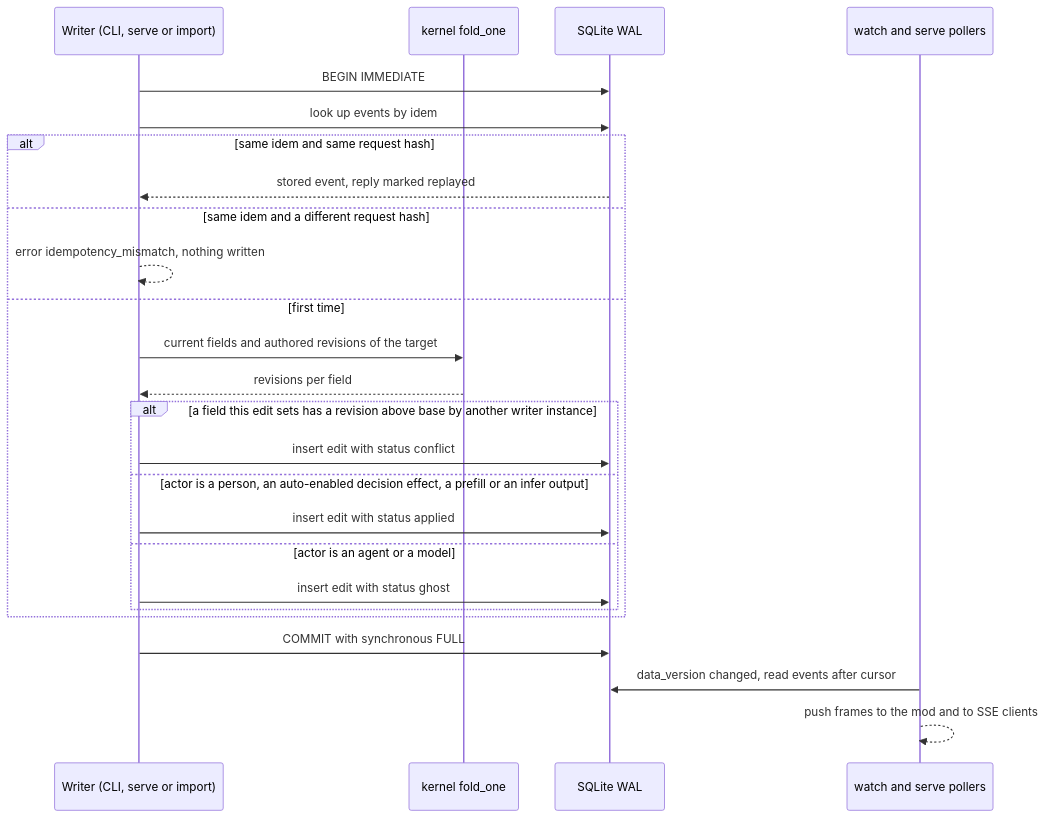
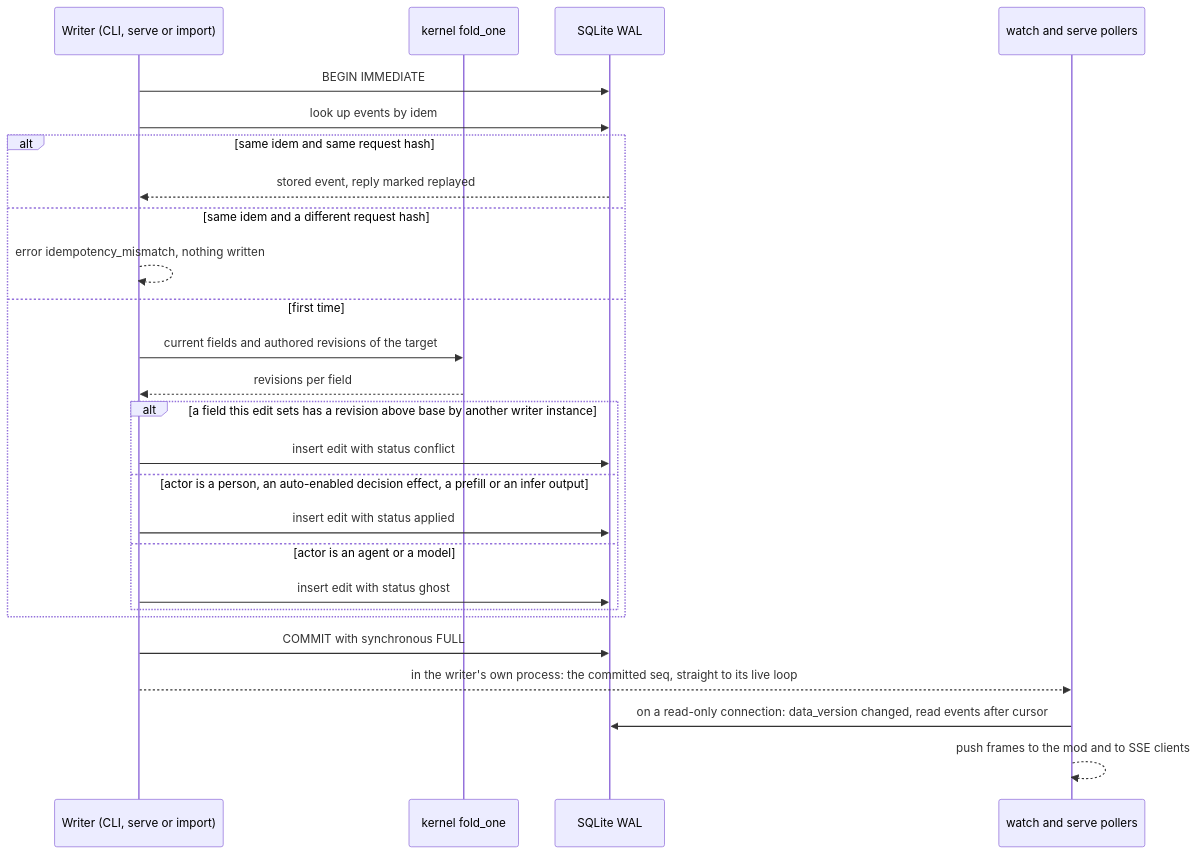
One commit to doodla/planroom changed the fifth of 7 diagrams in docs/contributing/architecture.md. Above: the diagram before and after it, drawn with Mermaid. The commit also changed other lines of this file and 11 other files, not shown here.

First line of the commit message:
Architecture review round 2: apply the fixes, owner follow-ups in DR-72

````diff
--- a/docs/contributing/architecture.md
+++ b/docs/contributing/architecture.md
@@ -252,27 +252,28 @@
 ```mermaid
 sequenceDiagram
   participant W as Writer (CLI, serve or import)
   participant K as kernel fold_one
   participant DB as SQLite WAL
   participant L as watch and serve pollers
   W->>DB: BEGIN IMMEDIATE
   W->>DB: look up events by idem
   alt same idem and same request hash
     DB-->>W: stored event, reply marked replayed
   else same idem and a different request hash
     W-->>W: error idempotency_mismatch, nothing written
   else first time
     W->>K: current fields and authored revisions of the target
     K-->>W: revisions per field
     alt a field this edit sets has a revision above base by another writer instance
       W->>DB: insert edit with status conflict
     else actor is a person, an auto-enabled decision effect, a prefill or an infer output
       W->>DB: insert edit with status applied
     else actor is an agent or a model
       W->>DB: insert edit with status ghost
     end
   end
   W->>DB: COMMIT with synchronous FULL
-  L->>DB: data_version changed, read events after cursor
+  W-->>L: in the writer's own process: the committed seq, straight to its live loop
+  L->>DB: on a read-only connection: data_version changed, read events after cursor
   L-->>L: push frames to the mod and to SSE clients
 ```
````
